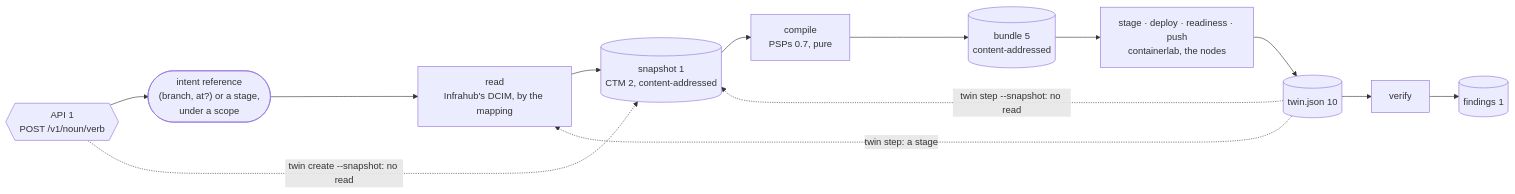
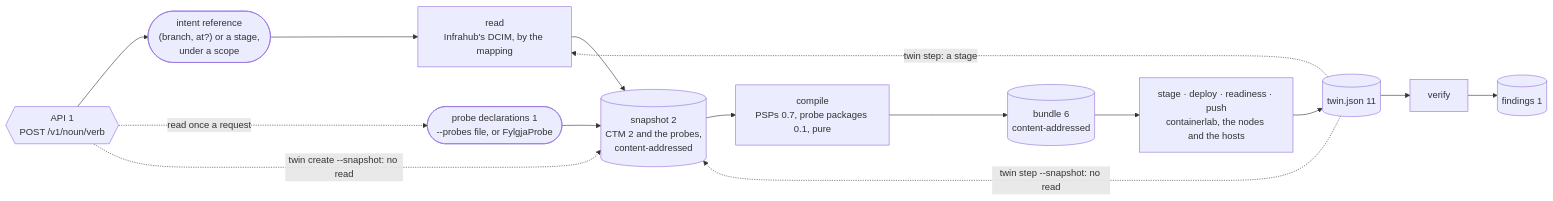
One commit to happypathnetworking/fylgja changed the first of 5 diagrams in docs/architecture.md. Above: the diagram before and after it, drawn with Mermaid. The commit also changed other lines of this file and 2 other files, not shown here.

First line of the commit message:
docs(016): the architecture and the development guide say what probes are (T038)

````diff
--- a/docs/architecture.md
+++ b/docs/architecture.md
@@ -103,17 +108,19 @@
 ```mermaid
 flowchart LR
     api{{"API 1<br/>POST /v1/noun/verb"}}
     ref(["intent reference<br/>(branch, at?) or a stage,<br/>under a scope"])
+    probes(["probe declarations 1<br/>--probes file, or FylgjaProbe"])
     read["read<br/>Infrahub's DCIM, by the mapping"]
-    snap[("snapshot 1<br/>CTM 2, content-addressed")]
-    compile["compile<br/>PSPs 0.7, pure"]
-    bundle[("bundle 5<br/>content-addressed")]
-    provision["stage · deploy · readiness · push<br/>containerlab, the nodes"]
-    twin[("twin.json 10")]
+    snap[("snapshot 2<br/>CTM 2 and the probes,<br/>content-addressed")]
+    compile["compile<br/>PSPs 0.7, probe packages 0.1, pure"]
+    bundle[("bundle 6<br/>content-addressed")]
+    provision["stage · deploy · readiness · push<br/>containerlab, the nodes and the hosts"]
+    twin[("twin.json 11")]
     verify["verify"]
     doc[("findings 1")]
     api --> ref --> read --> snap --> compile --> bundle --> provision --> twin --> verify --> doc
+    api -. "read once a request" .-> probes --> snap
     api -. "twin create --snapshot: no read" .-> snap
     twin -. "twin step: a stage" .-> read
     twin -. "twin step --snapshot: no read" .-> snap
 ```
````
